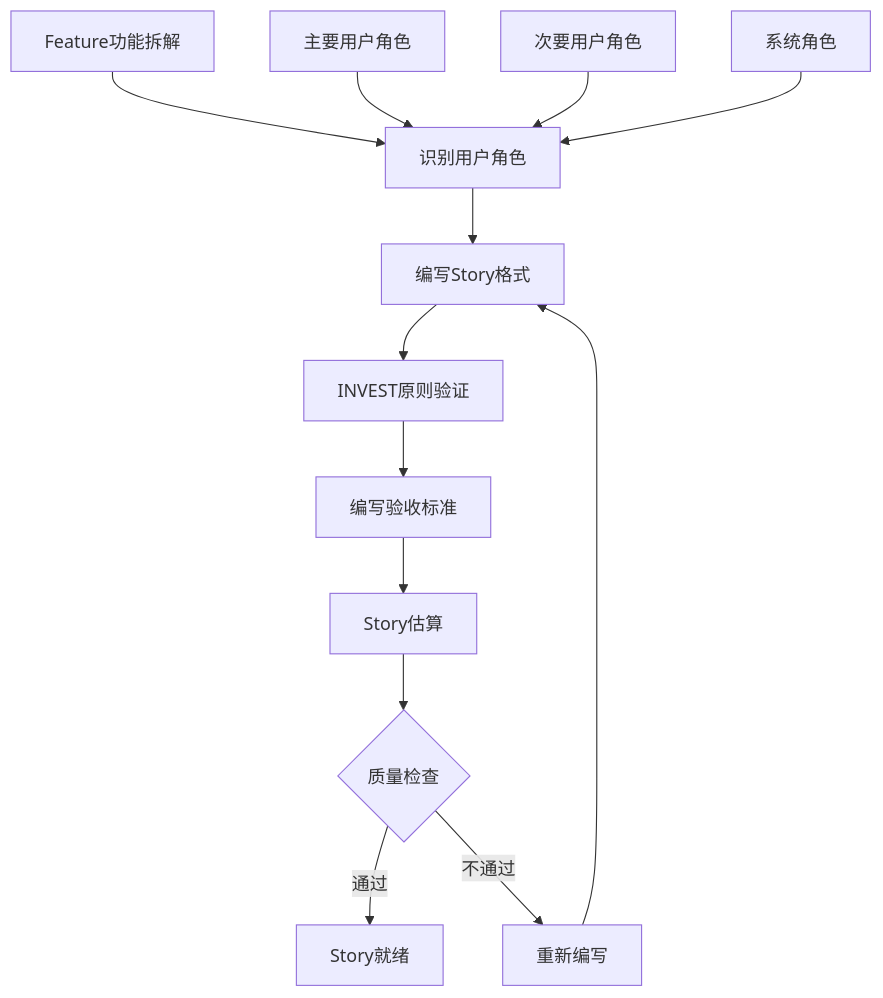
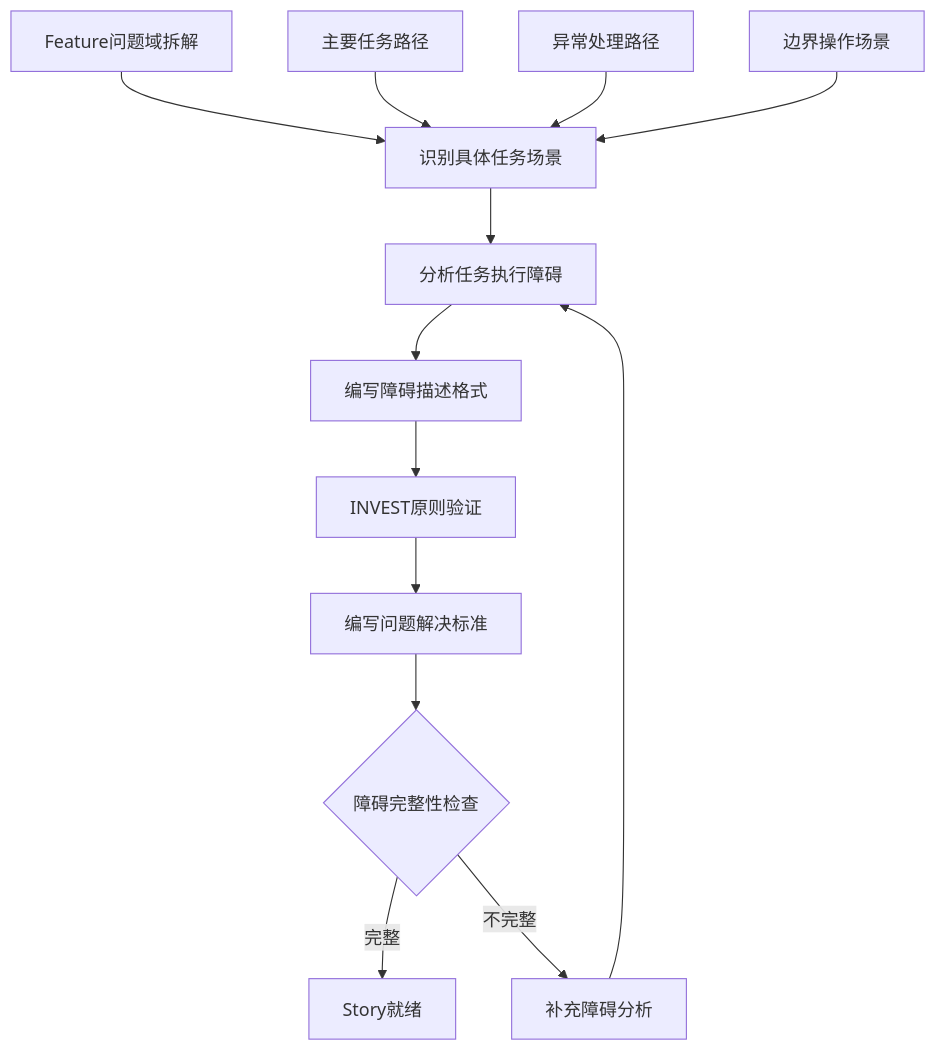
Before and after one commit to yuyuan-cs/PromptX: the first of 3 diagrams in domain/scrum/execution/story-best-practice.execution.md, drawn with Mermaid. The commit also changed other lines of this file and 8 other files, not shown here.

````diff
--- a/domain/scrum/execution/story-best-practice.execution.md
+++ b/domain/scrum/execution/story-best-practice.execution.md
@@ -5,16 +164,16 @@
     ```mermaid
     flowchart TD
-      A[Feature功能拆解] --> B[识别用户角色]
-      B --> C[编写Story格式]
-      C --> D[INVEST原则验证]
-      D --> E[编写验收标准]
-      E --> F[Story估算]
-      F --> G{质量检查}
-      G -->|通过| H[Story就绪]
-      G -->|不通过| I[重新编写]
+      A[Feature问题域拆解] --> B[识别具体任务场景]
+      B --> C[分析任务执行障碍]
+      C --> D[编写障碍描述格式]
+      D --> E[INVEST原则验证]
+      E --> F[编写问题解决标准]
+      F --> G{障碍完整性检查}
+      G -->|完整| H[Story就绪]
+      G -->|不完整| I[补充障碍分析]
       I --> C
       
-      B1[主要用户角色] --> B
-      B2[次要用户角色] --> B
-      B3[系统角色] --> B
+      B1[主要任务路径] --> B
+      B2[异常处理路径] --> B
+      B3[边界操作场景] --> B
     ```
````
